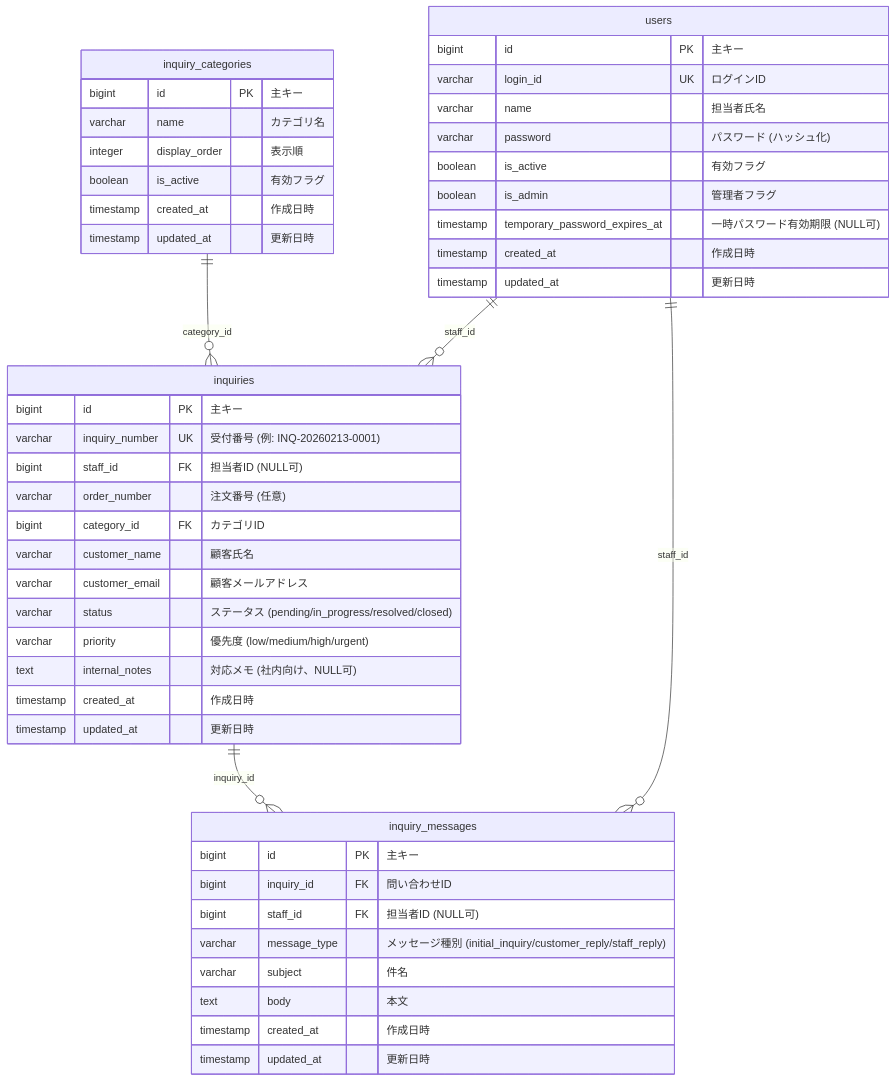
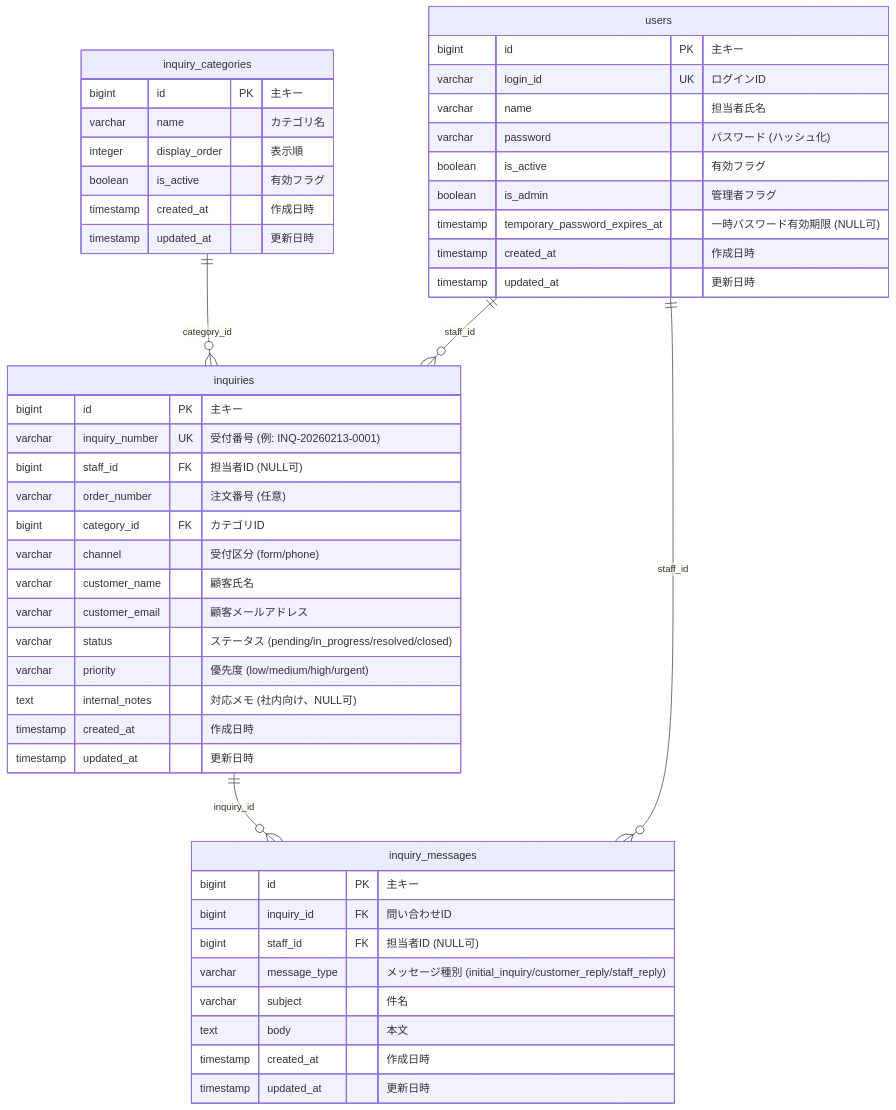
Before and after one commit to pomepome0505/ec-contact: the diagram in documents/DB設計書/ER図.mmd, drawn with Mermaid. The commit also changed 17 other files, not shown here.

```diff
--- a/documents/DB設計書/ER図.mmd
+++ b/documents/DB設計書/ER図.mmd
@@ -1,52 +1,53 @@
 erDiagram
     inquiry_categories ||--o{ inquiries : "category_id"
     inquiries ||--o{ inquiry_messages : "inquiry_id"
     users ||--o{ inquiries : "staff_id"
     users ||--o{ inquiry_messages : "staff_id"
 
     inquiry_categories {
         bigint id PK "主キー"
         varchar name "カテゴリ名"
         integer display_order "表示順"
         boolean is_active "有効フラグ"
         timestamp created_at "作成日時"
         timestamp updated_at "更新日時"
     }
 
     inquiries {
         bigint id PK "主キー"
         varchar inquiry_number UK "受付番号 (例: INQ-20260213-0001)"
         bigint staff_id FK "担当者ID (NULL可)"
         varchar order_number "注文番号 (任意)"
         bigint category_id FK "カテゴリID"
+        varchar channel "受付区分 (form/phone)"
         varchar customer_name "顧客氏名"
         varchar customer_email "顧客メールアドレス"
         varchar status "ステータス (pending/in_progress/resolved/closed)"
         varchar priority "優先度 (low/medium/high/urgent)"
         text internal_notes "対応メモ (社内向け、NULL可)"
         timestamp created_at "作成日時"
         timestamp updated_at "更新日時"
     }
 
     users {
         bigint id PK "主キー"
         varchar login_id UK "ログインID"
         varchar name "担当者氏名"
         varchar password "パスワード (ハッシュ化)"
         boolean is_active "有効フラグ"
         boolean is_admin "管理者フラグ"
         timestamp temporary_password_expires_at "一時パスワード有効期限 (NULL可)"
         timestamp created_at "作成日時"
         timestamp updated_at "更新日時"
     }
 
     inquiry_messages {
         bigint id PK "主キー"
         bigint inquiry_id FK "問い合わせID"
         bigint staff_id FK "担当者ID (NULL可)"
         varchar message_type "メッセージ種別 (initial_inquiry/customer_reply/staff_reply)"
         varchar subject "件名"
         text body "本文"
         timestamp created_at "作成日時"
         timestamp updated_at "更新日時"
     }
```
